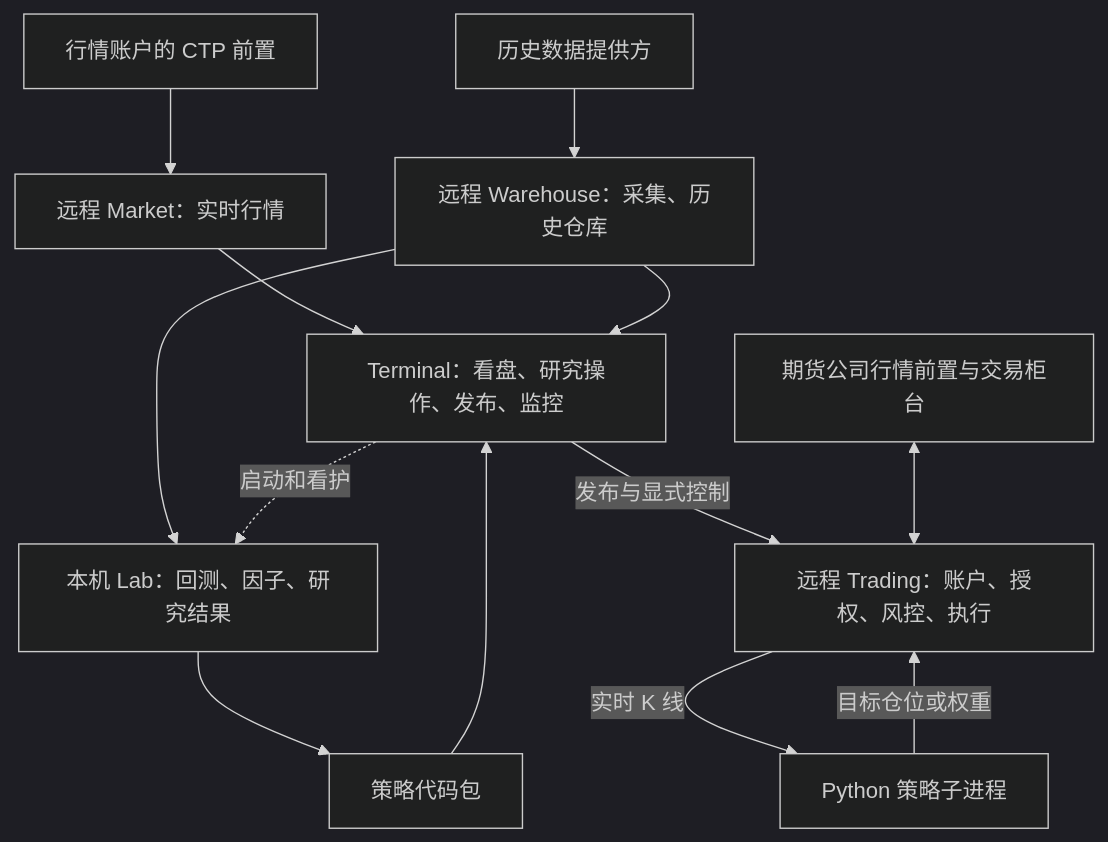
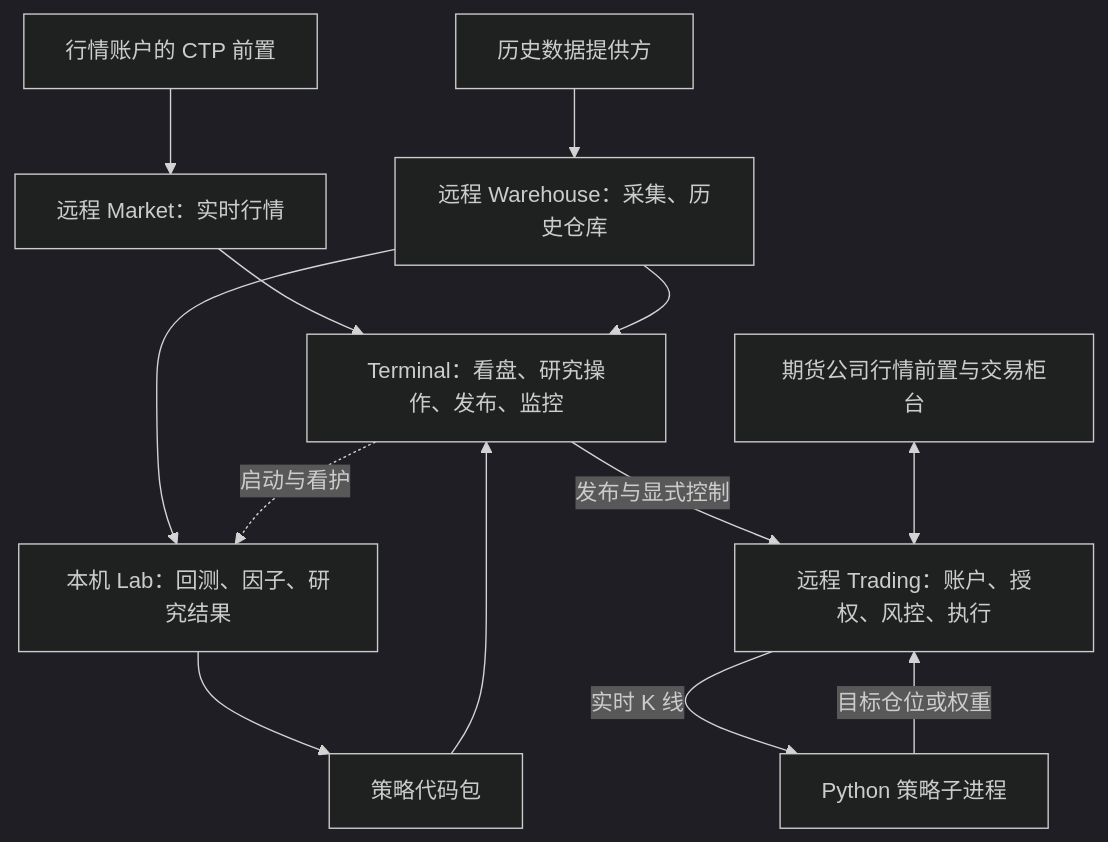
One commit to isqiwen/asterion-terminal changed the diagram in docs/architecture.md. Above: the diagram before and after it, drawn with Mermaid (dark theme). The commit also changed other lines of this file and 26 other files, not shown here.

````diff
--- a/docs/architecture.md
+++ b/docs/architecture.md
@@ -5,15 +5,15 @@
 ```mermaid
 flowchart TB
   QuoteFront[行情账户的 CTP 前置] --> Market[远程 Market：实时行情]
   Market --> Terminal[Terminal：看盘、研究操作、发布、监控]
   Providers[历史数据提供方] --> Warehouse[远程 Warehouse：采集、历史仓库]
   Warehouse --> Terminal
   Warehouse --> Lab[本机 Lab：回测、因子、研究结果]
-  Terminal -.启动和看护.-> Lab
+  Terminal -.启动与看护.-> Lab
   Lab --> Package[策略代码包]
   Package --> Terminal
   Terminal -->|发布与显式控制| Trading[远程 Trading：账户、授权、风控、执行]
   Counter[期货公司行情前置与交易柜台] <--> Trading
   Trading -->|实时 K 线| Strategy[Python 策略子进程]
   Strategy -->|目标仓位或权重| Trading
 ```
````
